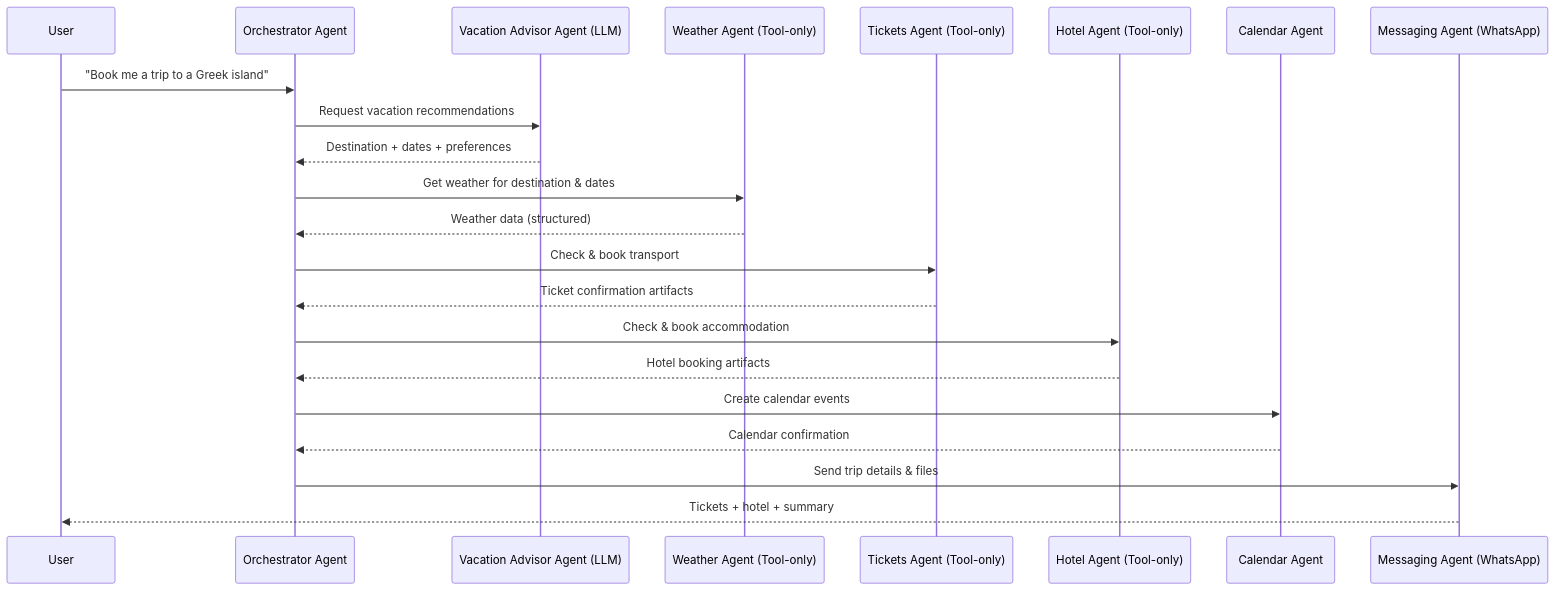
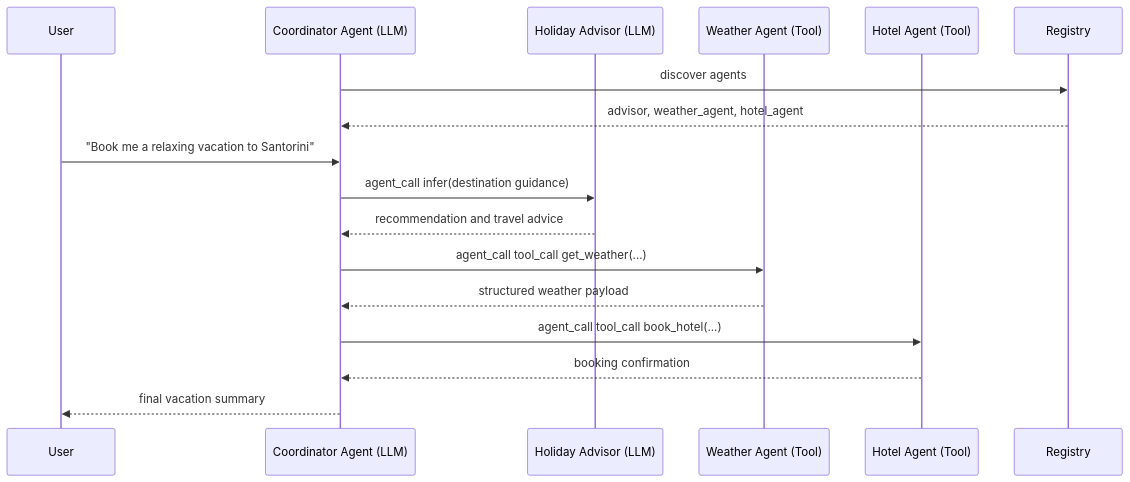
One commit to nMaroulis/protolink changed the diagram in docs/ticket_booking_example.md. Above: the diagram before and after it, drawn with Mermaid. The commit also changed other lines of this file and 23 other files, not shown here.

````diff
--- a/docs/ticket_booking_example.md
+++ b/docs/ticket_booking_example.md
@@ -100,31 +69,20 @@
 ```mermaid
 sequenceDiagram
     participant User
-    participant Orchestrator as Orchestrator Agent
-    participant Advisor as Vacation Advisor Agent (LLM)
-    participant Weather as Weather Agent (Tool-only)
-    participant Tickets as Tickets Agent (Tool-only)
-    participant Hotel as Hotel Agent (Tool-only)
-    participant Calendar as Calendar Agent
-    participant Messenger as Messaging Agent (WhatsApp)
+    participant Coordinator as Coordinator Agent (LLM)
+    participant Advisor as Holiday Advisor (LLM)
+    participant Weather as Weather Agent (Tool)
+    participant Hotel as Hotel Agent (Tool)
+    participant Registry
 
-    User->>Orchestrator: "Book me a trip to a Greek island"
-    
-    Orchestrator->>Advisor: Request vacation recommendations
-    Advisor-->>Orchestrator: Destination + dates + preferences
-    
-    Orchestrator->>Weather: Get weather for destination & dates
-    Weather-->>Orchestrator: Weather data (structured)
-    
-    Orchestrator->>Tickets: Check & book transport
-    Tickets-->>Orchestrator: Ticket confirmation artifacts
-    
-    Orchestrator->>Hotel: Check & book accommodation
-    Hotel-->>Orchestrator: Hotel booking artifacts
-    
-    Orchestrator->>Calendar: Create calendar events
-    Calendar-->>Orchestrator: Calendar confirmation
-    
-    Orchestrator->>Messenger: Send trip details & files
-    Messenger-->>User: Tickets + hotel + summary
+    Coordinator->>Registry: discover agents
+    Registry-->>Coordinator: advisor, weather_agent, hotel_agent
+    User->>Coordinator: "Book me a relaxing vacation to Santorini"
+    Coordinator->>Advisor: agent_call infer(destination guidance)
+    Advisor-->>Coordinator: recommendation and travel advice
+    Coordinator->>Weather: agent_call tool_call get_weather(...)
+    Weather-->>Coordinator: structured weather payload
+    Coordinator->>Hotel: agent_call tool_call book_hotel(...)
+    Hotel-->>Coordinator: booking confirmation
+    Coordinator-->>User: final vacation summary
 ```
````
